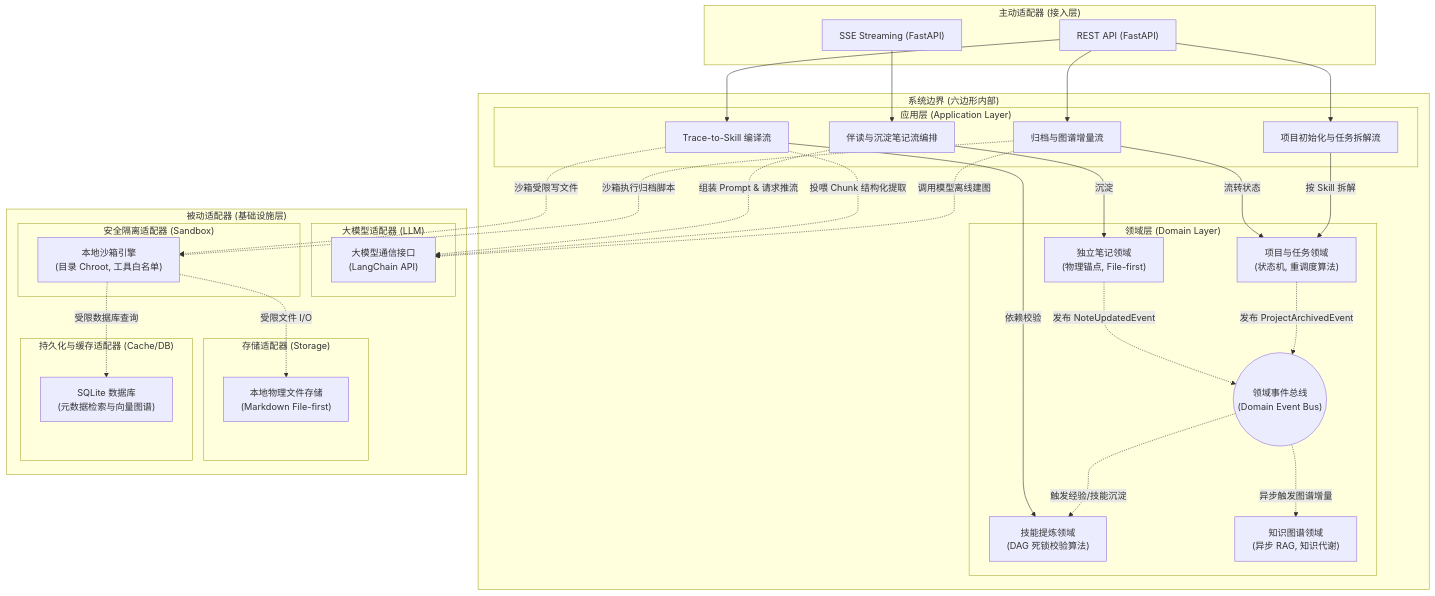
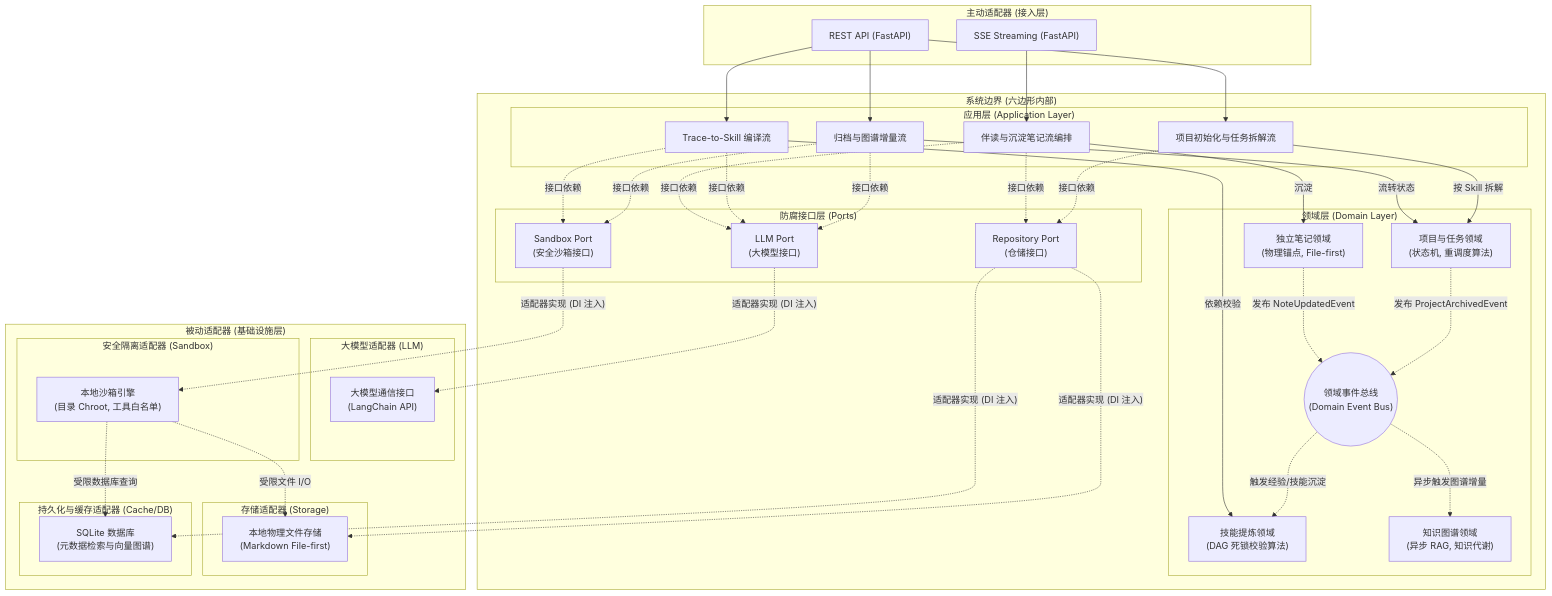
One commit to shanglihong/i-have-a-plan changed the first of 3 diagrams in docs/06_system_architecture/backend_design_spec_v1.0.md. Above: the diagram before and after it, drawn with Mermaid.

Commit message:
docs: update backend design specification to reflect latest architecture changes

````diff
--- a/docs/06_system_architecture/backend_design_spec_v1.0.md
+++ b/docs/06_system_architecture/backend_design_spec_v1.0.md
@@ -63,11 +63,26 @@
             EventBus(("领域事件总线<br>(Domain Event Bus)"))
         end
         
+        subgraph Ports ["防腐接口层 (Ports)"]
+            Port_LLM["LLM Port<br>(大模型接口)"]
+            Port_Sandbox["Sandbox Port<br>(安全沙箱接口)"]
+            Port_DB["Repository Port<br>(仓储接口)"]
+        end
+        
         %% 应用层调用领域层
         UC1 -->|"沉淀"| NTD
         UC2 -->|"依赖校验"| SCS
         UC3 -->|"流转状态"| PTO
         UC4 -->|"按 Skill 拆解"| PTO
+        
+        %% 应用层依赖端口 (DIP)
+        UC1 -.->|"接口依赖"| Port_LLM
+        UC2 -.->|"接口依赖"| Port_LLM
+        UC3 -.->|"接口依赖"| Port_LLM
+        UC2 -.->|"接口依赖"| Port_Sandbox
+        UC3 -.->|"接口依赖"| Port_Sandbox
+        UC1 -.->|"接口依赖"| Port_DB
+        UC4 -.->|"接口依赖"| Port_DB
         
         %% 领域事件流转
         NTD -.->|"发布 NoteUpdatedEvent"| EventBus
@@ -97,15 +112,13 @@
     REST --> UC4
     SSE --> UC1
     
-    %% 核心执行层交互 (应用层 -> 被动适配器，依赖反转)
-    UC1 -.->|"组装 Prompt & 请求推流"| LLM
-    UC2 -.->|"投喂 Chunk 结构化提取"| LLM
-    UC3 -.->|"调用模型离线建图"| LLM
+    %% 依赖反转: 基础设施实现端口 (运行时 DI)
+    Port_LLM -.->|"适配器实现 (DI 注入)"| LLM
+    Port_Sandbox -.->|"适配器实现 (DI 注入)"| Sandbox
+    Port_DB -.->|"适配器实现 (DI 注入)"| FileStorage
+    Port_DB -.->|"适配器实现 (DI 注入)"| SQLiteDB
     
-    UC2 -.->|"沙箱受限写文件"| Sandbox
-    UC3 -.->|"沙箱执行归档脚本"| Sandbox
-    
-    %% 沙箱底层 I/O
+    %% 沙箱底层 I/O (纯基础设施内部依赖)
     Sandbox -.->|"受限文件 I/O"| FileStorage
     Sandbox -.->|"受限数据库查询"| SQLiteDB
 ```
````
